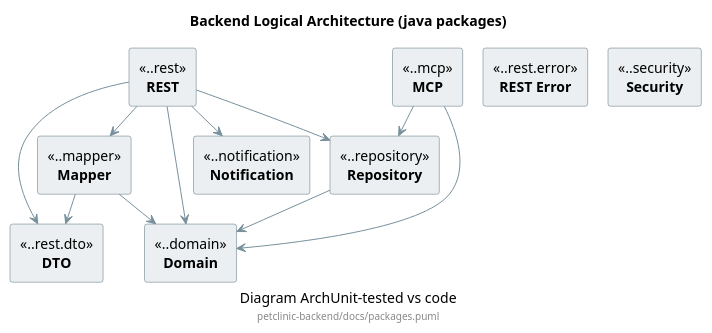
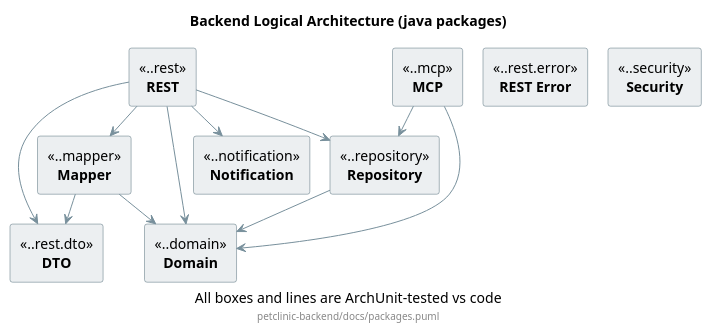
Before and after one commit to kashann/petclinic: the diagram in petclinic-backend/docs/packages.puml, drawn with PlantUML.

Commit message:
docs(packages): caption says what is tested — every box and every line
"Diagram ArchUnit-tested vs code" read as if the picture as a whole were checked
loosely against the code. PackagesArchTest checks both halves of it: every package box
must exist in code, and every arrow is an allowed dependency. The caption now says so.

```diff
--- a/petclinic-backend/docs/packages.puml
+++ b/petclinic-backend/docs/packages.puml
@@ -1,48 +1,48 @@
 @startuml
 
 title Backend Logical Architecture (java packages)
-caption Diagram ArchUnit-tested vs code
+caption All boxes and lines are ArchUnit-tested vs code
 footer petclinic-backend/docs/packages.puml
 
 skinparam shadowing false
 skinparam componentStyle rectangle
 skinparam nodesep 20
 skinparam ranksep 30
 <style>
 component {
   BackGroundColor #ECEFF1
   LineColor #546E7A
   FontStyle bold
   ' only the component name is bold; the package pattern above it stays plain
   ' (never write a stereotype in a comment — PackagesArchTest greps the raw file)
   stereotype {
     FontStyle plain
   }
 }
 arrow {
   LineColor #78909C
 }
 </style>
 
 [REST] <<..rest>>
 [MCP] <<..mcp>>
 [REST Error] <<..rest.error>>
 [Security] <<..security>>
 [Mapper] <<..mapper>>
 [Repository] <<..repository>>
 [Notification] <<..notification>>
 [DTO] <<..rest.dto>>
 [Domain] <<..domain>>
 
 [Repository] --> [Domain]
 [Mapper] --> [Domain]
 [Mapper] --> [DTO]
 [REST] --> [Domain]
 [REST] --> [Repository]
 [REST] --> [Mapper]
 [REST] --> [DTO]
 [REST] --> [Notification]
 [MCP] --> [Domain]
 [MCP] --> [Repository]
 
 @enduml
```
